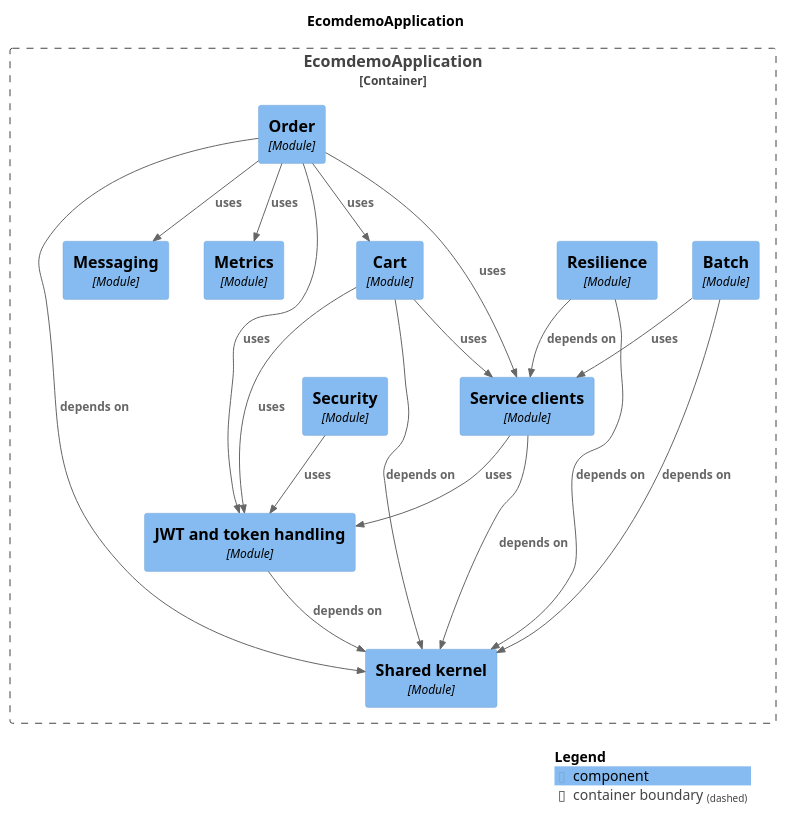
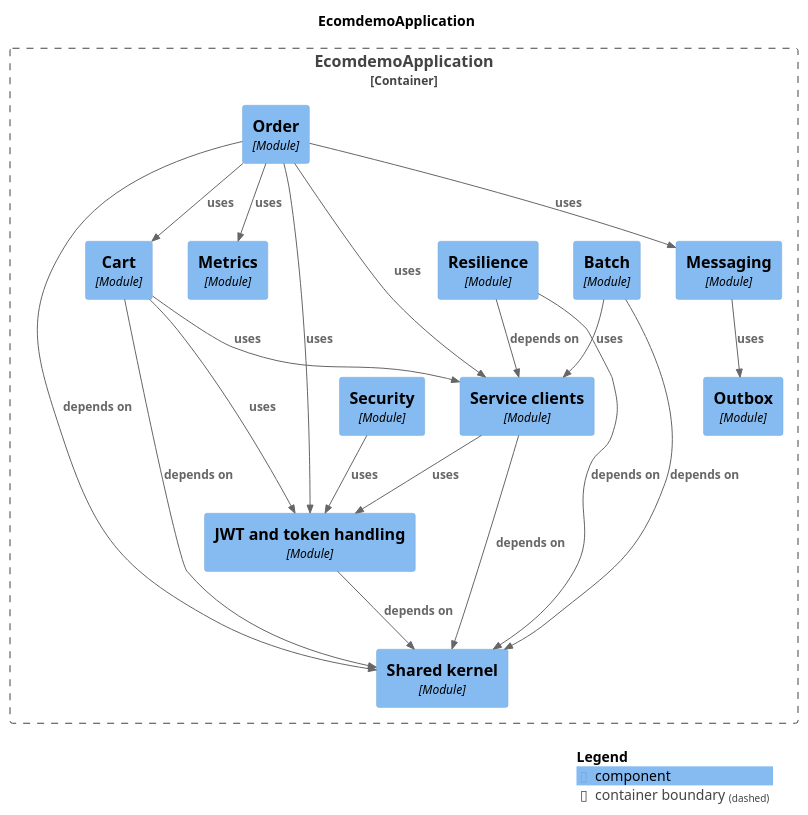
One commit to mr-sujay-patil/ecomdemo changed the diagram in docs/modules/components.puml. Above: the diagram before and after it, drawn with PlantUML. The commit also changed 52 other files, not shown here.

```diff
--- a/docs/modules/components.puml
+++ b/docs/modules/components.puml
@@ -1,43 +1,45 @@
 @startuml
 set separator none
 title EcomdemoApplication
 
 top to bottom direction
 
 !include <C4/C4>
 !include <C4/C4_Context>
 !include <C4/C4_Component>
 
 Container_Boundary("EcomdemoApplication.EcomdemoApplication_boundary", "EcomdemoApplication", $tags="") {
+  Component(EcomdemoApplication.EcomdemoApplication.Serviceclients, "Service clients", $techn="Module", $descr="", $tags="", $link="")
   Component(EcomdemoApplication.EcomdemoApplication.Security, "Security", $techn="Module", $descr="", $tags="", $link="")
   Component(EcomdemoApplication.EcomdemoApplication.Batch, "Batch", $techn="Module", $descr="", $tags="", $link="")
   Component(EcomdemoApplication.EcomdemoApplication.Cart, "Cart", $techn="Module", $descr="", $tags="", $link="")
   Component(EcomdemoApplication.EcomdemoApplication.Resilience, "Resilience", $techn="Module", $descr="", $tags="", $link="")
   Component(EcomdemoApplication.EcomdemoApplication.Order, "Order", $techn="Module", $descr="", $tags="", $link="")
-  Component(EcomdemoApplication.EcomdemoApplication.Messaging, "Messaging", $techn="Module", $descr="", $tags="", $link="")
   Component(EcomdemoApplication.EcomdemoApplication.Metrics, "Metrics", $techn="Module", $descr="", $tags="", $link="")
+  Component(EcomdemoApplication.EcomdemoApplication.Outbox, "Outbox", $techn="Module", $descr="", $tags="", $link="")
   Component(EcomdemoApplication.EcomdemoApplication.Sharedkernel, "Shared kernel", $techn="Module", $descr="", $tags="", $link="")
   Component(EcomdemoApplication.EcomdemoApplication.JWTandtokenhandling, "JWT and token handling", $techn="Module", $descr="", $tags="", $link="")
-  Component(EcomdemoApplication.EcomdemoApplication.Serviceclients, "Service clients", $techn="Module", $descr="", $tags="", $link="")
+  Component(EcomdemoApplication.EcomdemoApplication.Messaging, "Messaging", $techn="Module", $descr="", $tags="", $link="")
 }
 
 Rel(EcomdemoApplication.EcomdemoApplication.Batch, EcomdemoApplication.EcomdemoApplication.Serviceclients, "uses", $techn="", $tags="", $link="")
 Rel(EcomdemoApplication.EcomdemoApplication.Batch, EcomdemoApplication.EcomdemoApplication.Sharedkernel, "depends on", $techn="", $tags="", $link="")
 Rel(EcomdemoApplication.EcomdemoApplication.Cart, EcomdemoApplication.EcomdemoApplication.JWTandtokenhandling, "uses", $techn="", $tags="", $link="")
 Rel(EcomdemoApplication.EcomdemoApplication.Cart, EcomdemoApplication.EcomdemoApplication.Serviceclients, "uses", $techn="", $tags="", $link="")
 Rel(EcomdemoApplication.EcomdemoApplication.Cart, EcomdemoApplication.EcomdemoApplication.Sharedkernel, "depends on", $techn="", $tags="", $link="")
 Rel(EcomdemoApplication.EcomdemoApplication.JWTandtokenhandling, EcomdemoApplication.EcomdemoApplication.Sharedkernel, "depends on", $techn="", $tags="", $link="")
+Rel(EcomdemoApplication.EcomdemoApplication.Messaging, EcomdemoApplication.EcomdemoApplication.Outbox, "uses", $techn="", $tags="", $link="")
 Rel(EcomdemoApplication.EcomdemoApplication.Order, EcomdemoApplication.EcomdemoApplication.Cart, "uses", $techn="", $tags="", $link="")
 Rel(EcomdemoApplication.EcomdemoApplication.Order, EcomdemoApplication.EcomdemoApplication.JWTandtokenhandling, "uses", $techn="", $tags="", $link="")
 Rel(EcomdemoApplication.EcomdemoApplication.Order, EcomdemoApplication.EcomdemoApplication.Messaging, "uses", $techn="", $tags="", $link="")
 Rel(EcomdemoApplication.EcomdemoApplication.Order, EcomdemoApplication.EcomdemoApplication.Metrics, "uses", $techn="", $tags="", $link="")
 Rel(EcomdemoApplication.EcomdemoApplication.Order, EcomdemoApplication.EcomdemoApplication.Serviceclients, "uses", $techn="", $tags="", $link="")
 Rel(EcomdemoApplication.EcomdemoApplication.Order, EcomdemoApplication.EcomdemoApplication.Sharedkernel, "depends on", $techn="", $tags="", $link="")
 Rel(EcomdemoApplication.EcomdemoApplication.Resilience, EcomdemoApplication.EcomdemoApplication.Serviceclients, "depends on", $techn="", $tags="", $link="")
 Rel(EcomdemoApplication.EcomdemoApplication.Resilience, EcomdemoApplication.EcomdemoApplication.Sharedkernel, "depends on", $techn="", $tags="", $link="")
 Rel(EcomdemoApplication.EcomdemoApplication.Security, EcomdemoApplication.EcomdemoApplication.JWTandtokenhandling, "uses", $techn="", $tags="", $link="")
 Rel(EcomdemoApplication.EcomdemoApplication.Serviceclients, EcomdemoApplication.EcomdemoApplication.JWTandtokenhandling, "uses", $techn="", $tags="", $link="")
 Rel(EcomdemoApplication.EcomdemoApplication.Serviceclients, EcomdemoApplication.EcomdemoApplication.Sharedkernel, "depends on", $techn="", $tags="", $link="")
 
 SHOW_LEGEND(true)
 @enduml
```
